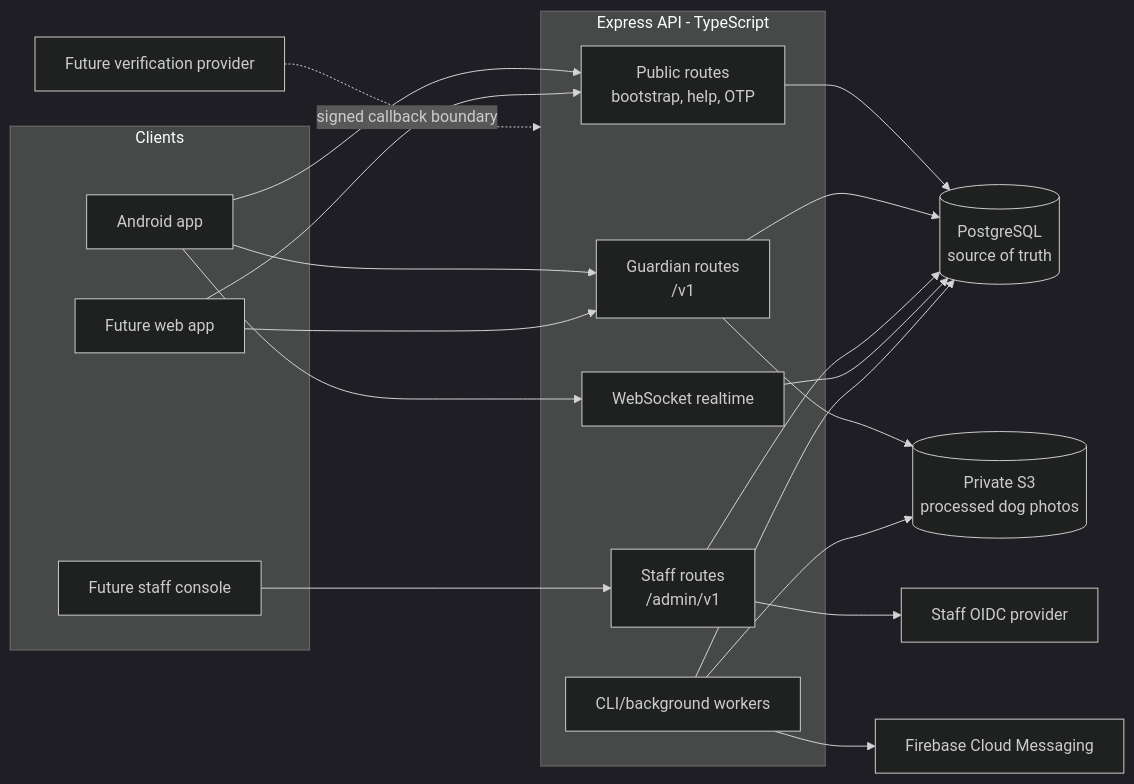
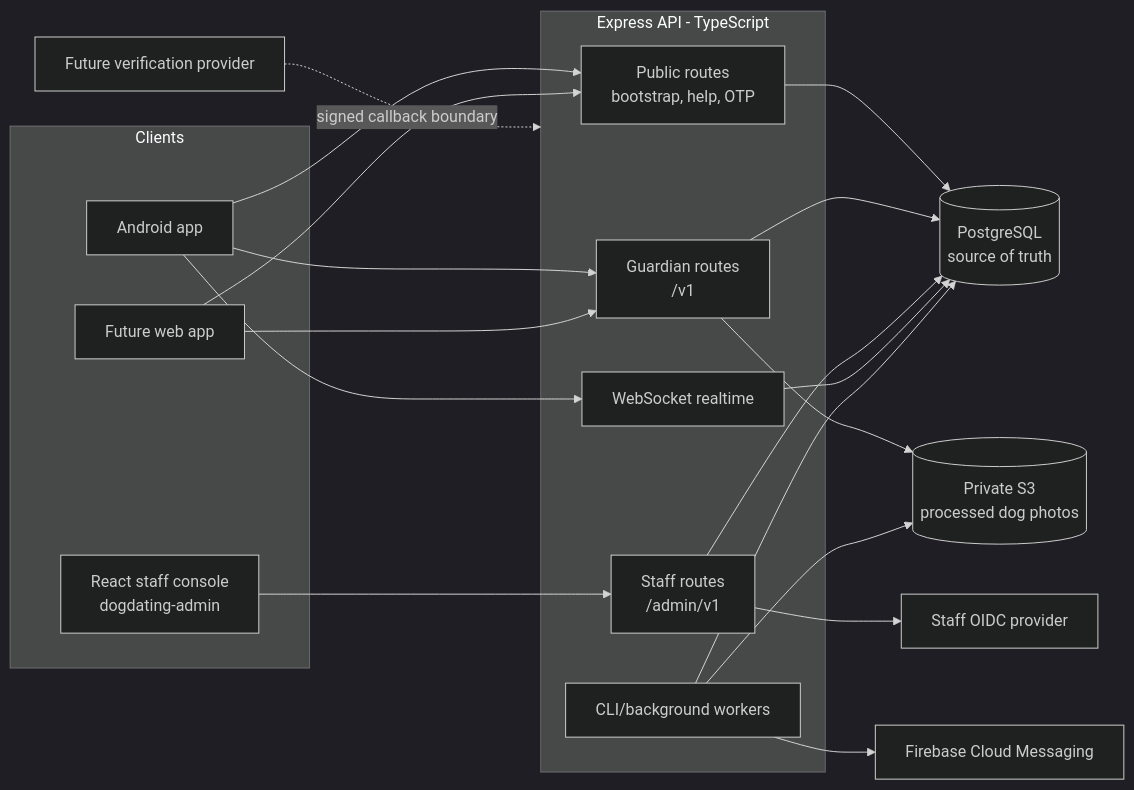
Before and after one commit to thams-geth/dogdating-api: the first of 11 diagrams in docs/APP_API_FLOWS.md, drawn with Mermaid (dark theme). The commit also changed other lines of this file and 1 other file, not shown here.

Commit message:
docs: link staff console foundation

````diff
--- a/docs/APP_API_FLOWS.md
+++ b/docs/APP_API_FLOWS.md
@@ -9,39 +9,39 @@
 ```mermaid
 flowchart LR
   subgraph Clients
     Android["Android app"]
     Web["Future web app"]
-    StaffUI["Future staff console"]
+    StaffUI["React staff console<br/>dogdating-admin"]
   end
 
   subgraph API["Express API - TypeScript"]
     Public["Public routes<br/>bootstrap, help, OTP"]
     User["Guardian routes<br/>/v1"]
     Admin["Staff routes<br/>/admin/v1"]
     Realtime["WebSocket realtime"]
     Workers["CLI/background workers"]
   end
 
   Postgres[("PostgreSQL<br/>source of truth")]
   S3[("Private S3<br/>processed dog photos")]
   FCM["Firebase Cloud Messaging"]
   Identity["Staff OIDC provider"]
   Verify["Future verification provider"]
 
   Android --> Public
   Android --> User
   Android --> Realtime
   Web --> Public
   Web --> User
   StaffUI --> Admin
   Public --> Postgres
   User --> Postgres
   Admin --> Postgres
   Realtime --> Postgres
   Workers --> Postgres
   User --> S3
   Workers --> S3
   Workers --> FCM
   Admin --> Identity
   Verify -. "signed callback boundary" .-> API
 ```
````
